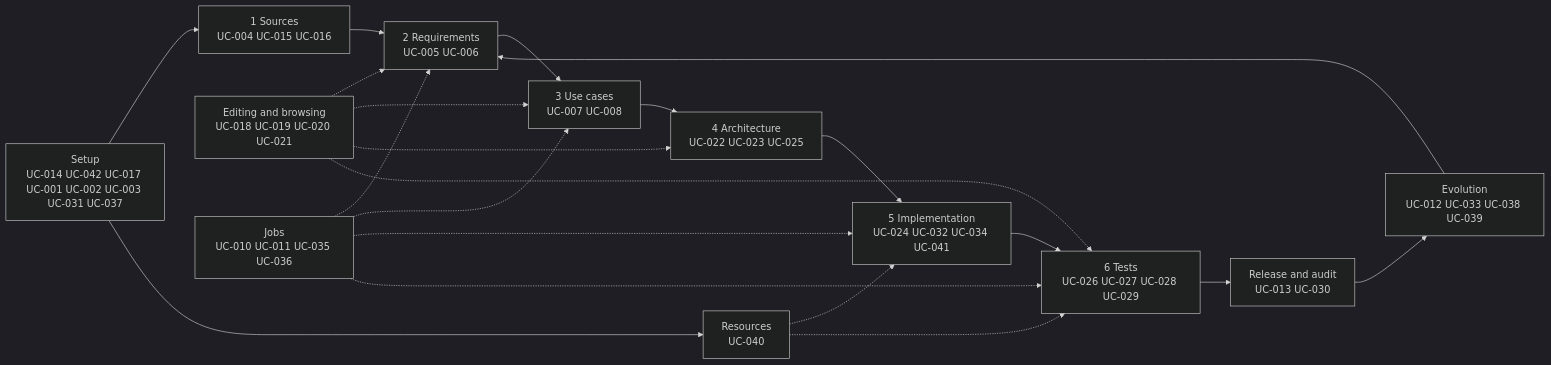
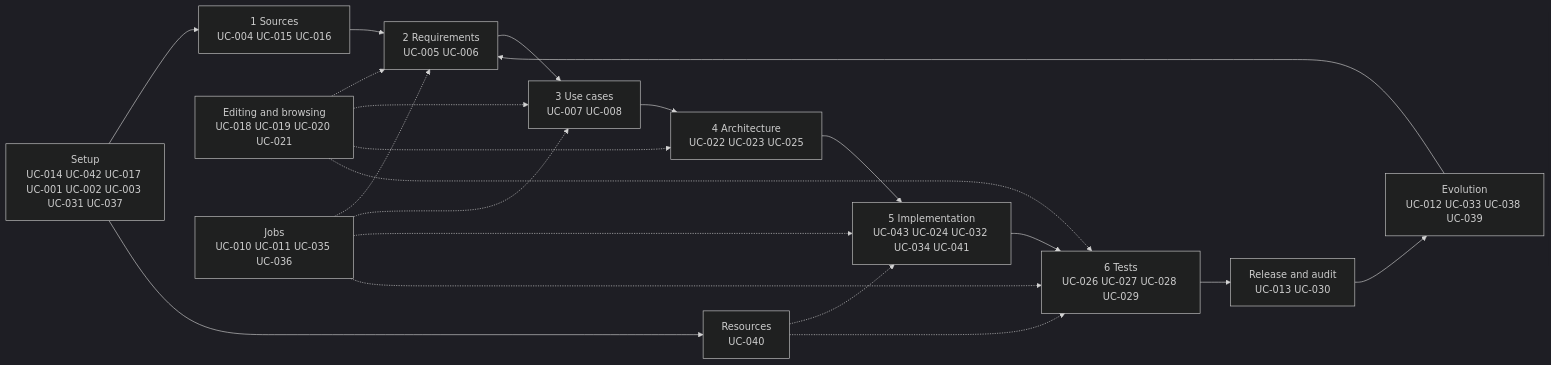
The diagram in docs/use-cases/README.md (akmaier/agent-m), drawn with Mermaid (dark theme) before and after one commit. The commit also changed other lines of this file and 10 other files, not shown here.

````diff
--- a/docs/use-cases/README.md
+++ b/docs/use-cases/README.md
@@ -116,16 +117,16 @@
 ```mermaid
 flowchart LR
     S[Setup<br/>UC-014 UC-042 UC-017 UC-001 UC-002 UC-003 UC-031 UC-037] --> Q[1 Sources<br/>UC-004 UC-015 UC-016]
     S --> RES[Resources<br/>UC-040]
     Q --> R[2 Requirements<br/>UC-005 UC-006]
     R --> U[3 Use cases<br/>UC-007 UC-008]
     U --> A[4 Architecture<br/>UC-022 UC-023 UC-025]
-    A --> I[5 Implementation<br/>UC-024 UC-032 UC-034 UC-041]
+    A --> I[5 Implementation<br/>UC-043 UC-024 UC-032 UC-034 UC-041]
     I --> T[6 Tests<br/>UC-026 UC-027 UC-028 UC-029]
     T --> REL[Release and audit<br/>UC-013 UC-030]
     REL --> E[Evolution<br/>UC-012 UC-033 UC-038 UC-039]
     E --> R
     ED[Editing and browsing<br/>UC-018 UC-019 UC-020 UC-021] -.-> R & U & A & T
     J[Jobs<br/>UC-010 UC-011 UC-035 UC-036] -.-> R & U & I & T
     RES -.-> I & T
 ```
````
